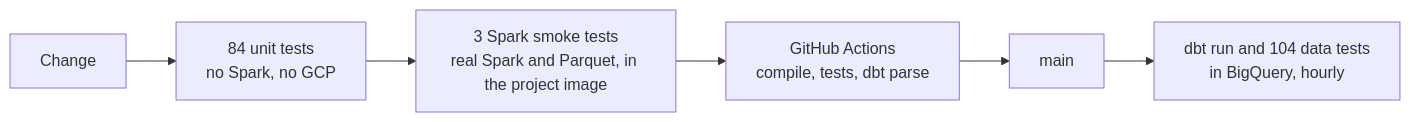
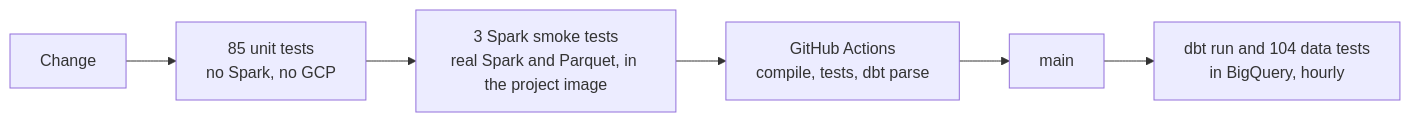
The fifth of 5 diagrams in README.md (TomasRipsky/marineflow), drawn with Mermaid before and after one commit. The commit also changed other lines of this file and 6 other files, not shown here.

````diff
--- a/README.md
+++ b/README.md
@@ -429,8 +429,8 @@
 ```mermaid
 flowchart LR
-    change["Change"] --> unit["84 unit tests<br/>no Spark, no GCP"]
+    change["Change"] --> unit["85 unit tests<br/>no Spark, no GCP"]
     unit --> smoke["3 Spark smoke tests<br/>real Spark and Parquet, in the project image"]
     smoke --> ci["GitHub Actions<br/>compile, tests, dbt parse"]
     ci --> main["main"]
     main --> dbt["dbt run and 104 data tests<br/>in BigQuery, hourly"]
 ```
````
